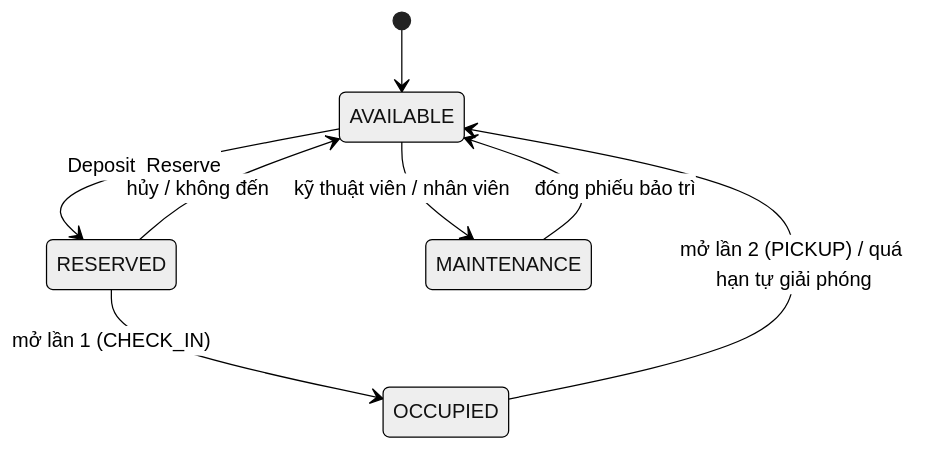
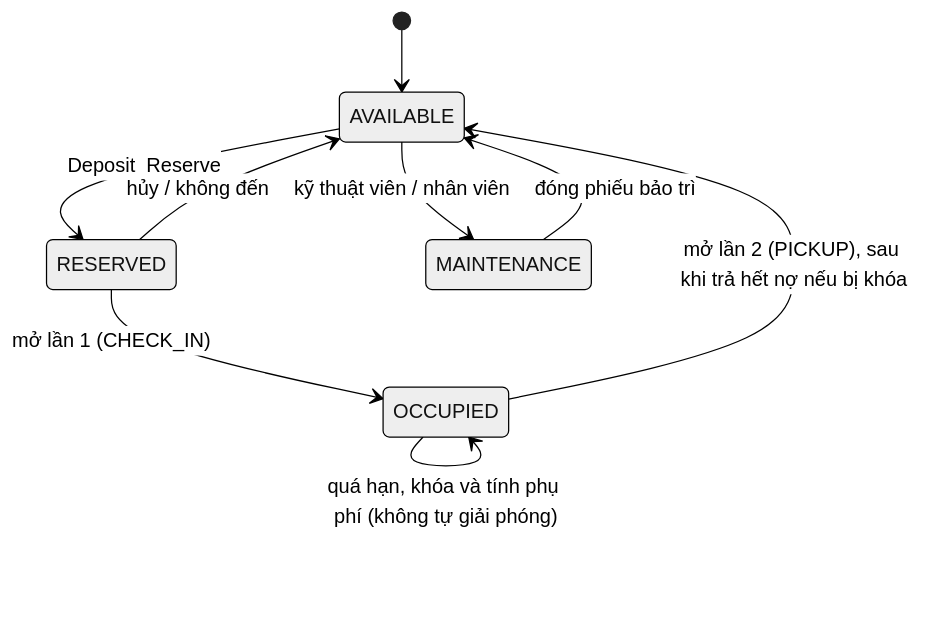
Before and after one commit to HoangDuc1003/SmartLocker: the fourth of 4 diagrams in docs/SYSTEM_FLOWS.md, drawn with Mermaid (neutral theme). The commit also changed other lines of this file and 130 other files, not shown here.

````diff
--- a/docs/SYSTEM_FLOWS.md
+++ b/docs/SYSTEM_FLOWS.md
@@ -104,10 +131,11 @@
 ```mermaid
 stateDiagram-v2
     [*] --> AVAILABLE
     AVAILABLE --> RESERVED : Deposit_Reserve
     RESERVED --> AVAILABLE : hủy / không đến
     RESERVED --> OCCUPIED : mở lần 1 (CHECK_IN)
-    OCCUPIED --> AVAILABLE : mở lần 2 (PICKUP) / quá hạn tự giải phóng
+    OCCUPIED --> AVAILABLE : mở lần 2 (PICKUP), sau khi trả hết nợ nếu bị khóa
+    OCCUPIED --> OCCUPIED : quá hạn, khóa và tính phụ phí (không tự giải phóng)
     AVAILABLE --> MAINTENANCE : kỹ thuật viên / nhân viên
     MAINTENANCE --> AVAILABLE : đóng phiếu bảo trì
 ```
````
